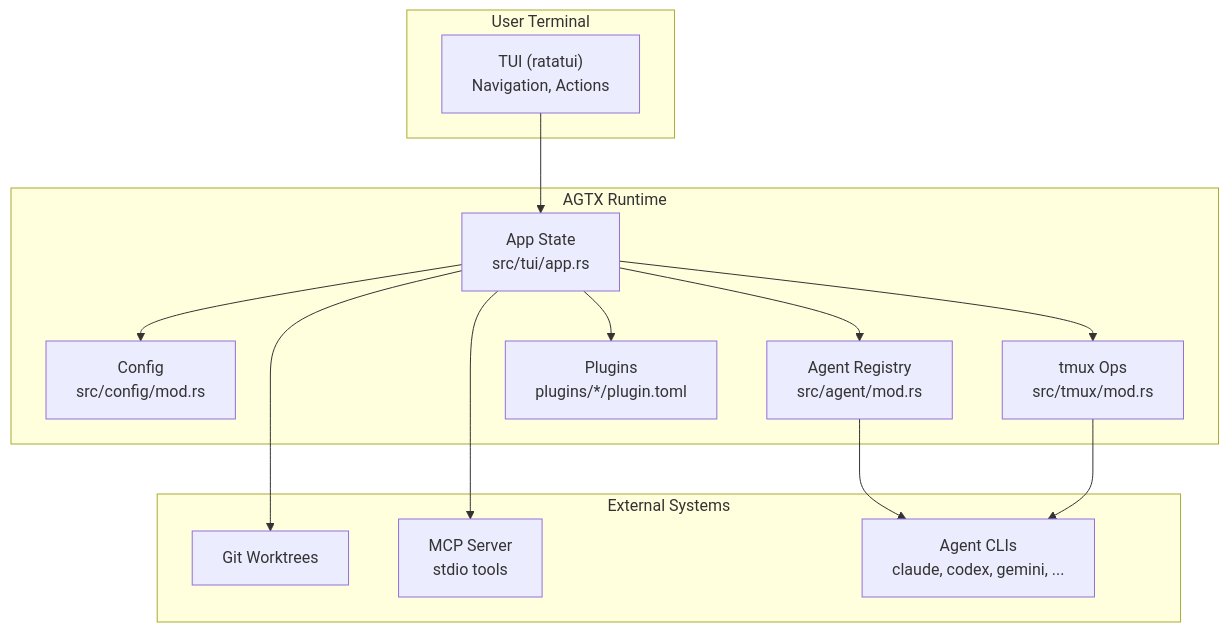
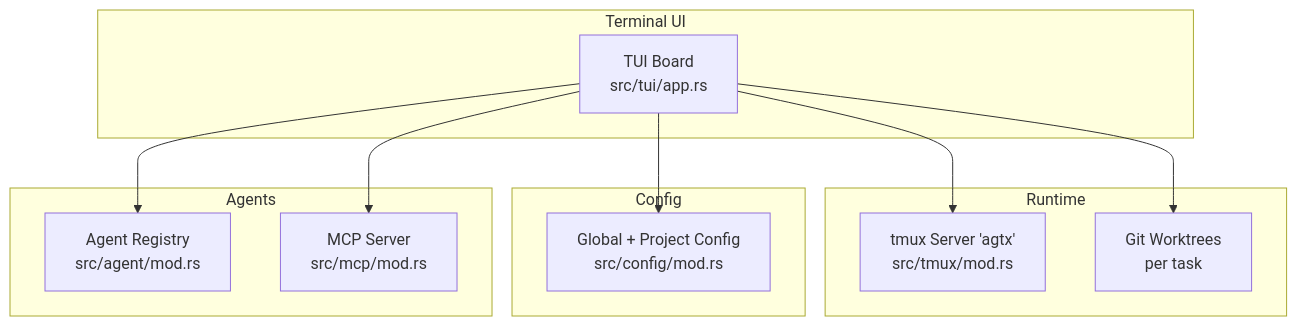
One commit to bramburn/agtx changed the second of 8 diagrams in .qoder/repowiki/en/content/Getting Started.md. Above: the diagram before and after it, drawn with Mermaid. The commit also changed other lines of this file and 140 other files, not shown here.

First line of the commit message:
fix(tui): add F2 footer navigation support to shell popup

````diff
--- a/.qoder/repowiki/en/content/Getting Started.md
+++ b/.qoder/repowiki/en/content/Getting Started.md
@@ -96,27 +86,22 @@
 ```mermaid
 graph TB
-subgraph "User Terminal"
-TUI["TUI (ratatui)<br/>Navigation, Actions"]
+subgraph "Terminal UI"
+TUI["TUI Board<br/>src/tui/app.rs"]
 end
-subgraph "AGTX Runtime"
-APP["App State<br/>src/tui/app.rs"]
-CFG["Config<br/>src/config/mod.rs"]
-TMUX["tmux Ops<br/>src/tmux/mod.rs"]
-AGENTS["Agent Registry<br/>src/agent/mod.rs"]
-PLUGINS["Plugins<br/>plugins/*/plugin.toml"]
+subgraph "Runtime"
+TMUX["tmux Server 'agtx'<br/>src/tmux/mod.rs"]
+GIT["Git Worktrees<br/>per task"]
 end
-subgraph "External Systems"
-GIT["Git Worktrees"]
-MCP["MCP Server<br/>stdio tools"]
-AGENT_CLI["Agent CLIs<br/>claude, codex, gemini, ..."]
+subgraph "Config"
+CFG["Global + Project Config<br/>src/config/mod.rs"]
 end
-TUI --> APP
-APP --> CFG
-APP --> TMUX
-APP --> AGENTS
-APP --> PLUGINS
-APP --> GIT
-APP --> MCP
-AGENTS --> AGENT_CLI
-TMUX --> AGENT_CLI
+subgraph "Agents"
+REG["Agent Registry<br/>src/agent/mod.rs"]
+MCP["MCP Server<br/>src/mcp/mod.rs"]
+end
+TUI --> CFG
+TUI --> REG
+TUI --> TMUX
+TUI --> GIT
+TUI --> MCP
 ```
````
